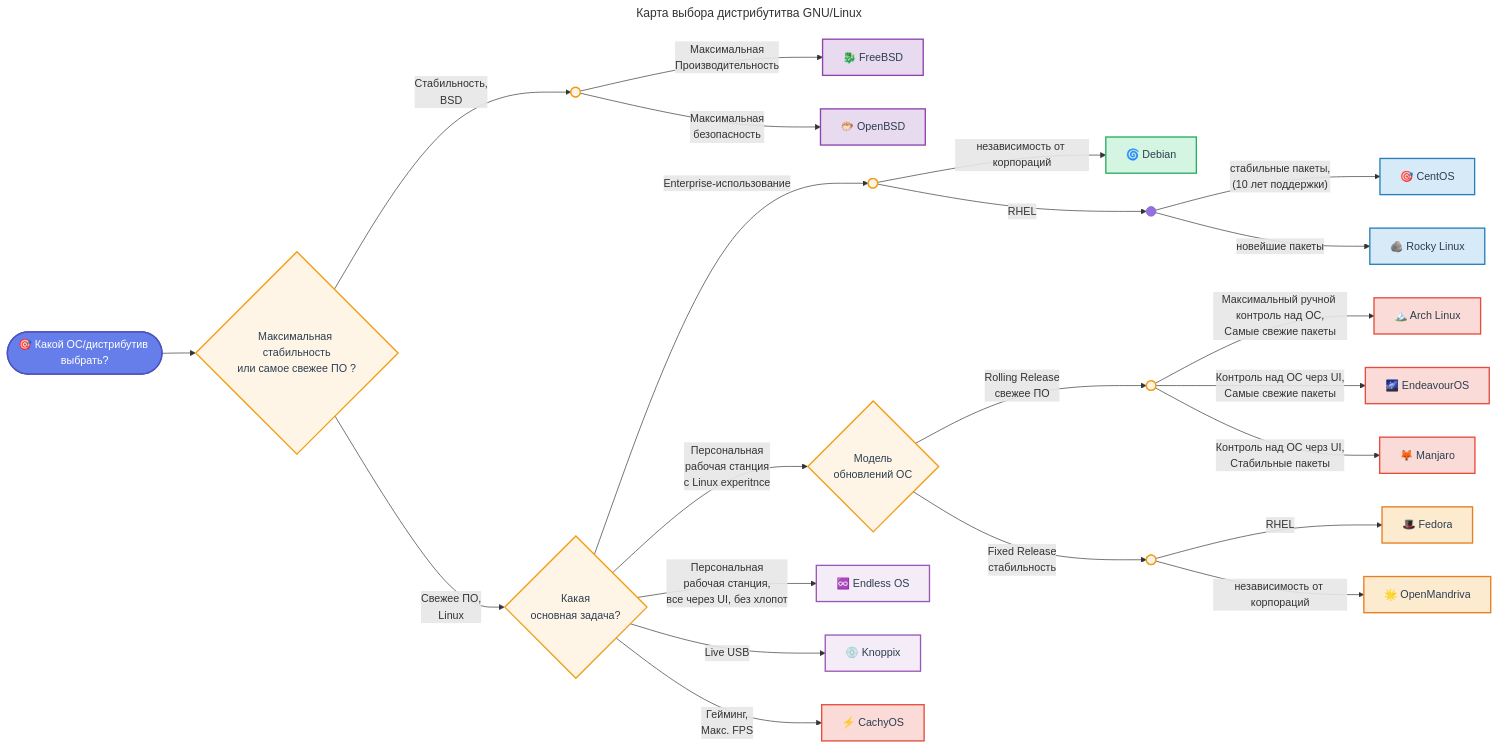
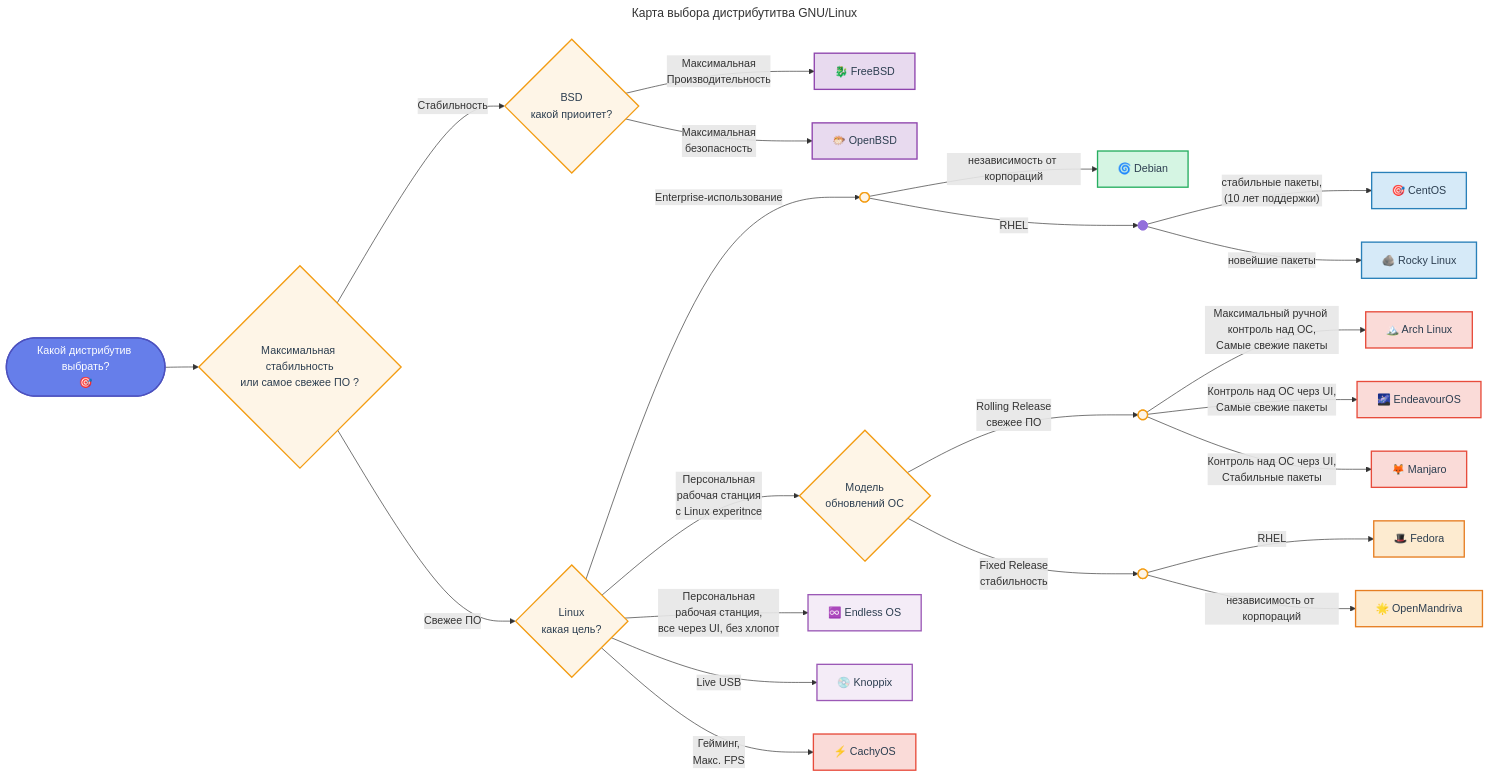
The diagram in software-engineer/технологии/linux/linux-distros-roadmap.md (mrtxee/enterprise-developer-almanac), drawn with Mermaid before and after one commit.

````diff
--- a/software-engineer/технологии/linux/linux-distros-roadmap.md
+++ b/software-engineer/технологии/linux/linux-distros-roadmap.md
@@ -9,60 +9,116 @@
 title: Карта выбора дистрибутитва GNU/Linux
 ---
 flowchart LR
-    Start(["🎯 Какой ОС/дистрибутив выбрать?"]) --> Q1{"Максимальная стабильность<br>или самое свежее ПО ?"}
-    Q1 -- Стабильность,<br>BSD --> BSD_Q["Приоритет<br>производительность<br>или безопасность?"]
-    BSD_Q -- Максимальная<br>Производительность --> FreeBSD["🐉 FreeBSD"]
-    BSD_Q -- Максимальная<br>безопасность --> OpenBSD["🐡 OpenBSD"]
-    Q1 -- Свежее ПО,<br>Linux --> Q2{"Какая<br>основная задача?"}
-    Q2 -- "Enterprise-использование" --> Server_Q["Какая модель?"]
-    Server_Q -- независимость от корпораций --> Debian["🌀 Debian"]
-    Q2 -- Персональная<br>рабочая станция<br>с Linux experitnce --> Desktop_Q{"Модель<br>обновлений ОС"}
-    Desktop_Q -- Rolling Release<br>свежее ПО --> Arch_Fam["Какой Arch-дистрибутив?"]
-    Arch_Fam -- Максимальный ручной контроль над ОС,<br>Самые свежие пакеты --> Arch["🏔️ Arch Linux"]
-    Arch_Fam -- "<span style=padding-left:>Контроль над ОС черз UI,<br>Самые свежие пакеты</span>" --> EndeavourOS["🌌 EndeavourOS"]
-    Arch_Fam -- "<span style=padding-left:><span style=padding-left:>Контроль над ОС черз UI,<br>Стабильные пакеты</span></span>" --> Manjaro["🦊 Manjaro"]
-    Desktop_Q -- Fixed Release<br>стабильность --> Fixed_Q["Какая база?"]
-    Fixed_Q -- "<span style=padding-left:>RHEL</span>" --> Fedora["🎩 Fedora"]
-    Fixed_Q -- "<span style=padding-left:>независимость от корпораций</span>" --> OpenMandriva["🌟 OpenMandriva"]
-    Q2 -- "<span style=padding-left:>Персональная<br>рабочая станция,<br>все через UI, без хлопот</span>" --> Endless["♾️ Endless OS"]
-    Q2 -- Live USB --> Knoppix["💿 Knoppix"]
-    Q2 -- "Гейминг,<br>Макс. FPS" --> CachyOS2["⚡ CachyOS"]
-    Server_Q -- RHEL --> n1["Untitled Node"]
-    n1 -- "<span style=padding-left:>стабильные пакеты,<br>(10 лет поддержки)</span>" --> CentOS["🎯 CentOS"]
-    n1 -- новейшие пакеты --> Rocky["🪨 Rocky Linux"]
 
-    BSD_Q@{ shape: f-circ}
-    Server_Q@{ shape: f-circ}
-    Arch_Fam@{ shape: f-circ}
-    Fixed_Q@{ shape: f-circ}
-    n1@{ shape: f-circ}
-     Start:::startNode
-     Q1:::question
-     BSD_Q:::question
-     FreeBSD:::bsd
-     OpenBSD:::bsd
-     Q2:::question
-     Server_Q:::question
-     Debian:::debianFamily
-     Desktop_Q:::question
-     Arch_Fam:::question
-     Arch:::archFamily
-     EndeavourOS:::archFamily
-     Manjaro:::archFamily
-     Fixed_Q:::question
-     Fedora:::fedoraFamily
-     OpenMandriva:::fedoraFamily
-     Endless:::special
-     Knoppix:::special
-     CachyOS2:::archFamily
-     CentOS:::rhelFamily
-     Rocky:::rhelFamily
-    classDef startNode fill:#667eea,stroke:#4c51bf,color:#fff,stroke-width:2px
-    classDef question fill:#fef5e7,stroke:#f39c12,stroke-width:2px,color:#2c3e50
-    classDef bsd fill:#e8daef,stroke:#8e44ad,stroke-width:2px,color:#2c3e50
-    classDef archFamily fill:#fadbd8,stroke:#e74c3c,stroke-width:2px,color:#2c3e50
-    classDef rhelFamily fill:#d6eaf8,stroke:#2980b9,stroke-width:2px,color:#2c3e50
-    classDef debianFamily fill:#d5f5e3,stroke:#27ae60,stroke-width:2px,color:#2c3e50
-    classDef fedoraFamily fill:#fdebd0,stroke:#e67e22,stroke-width:2px,color:#2c3e50
-    classDef special fill:#f4ecf7,stroke:#9b59b6,stroke-width:2px,color:#2c3e50
+Start@{ label: "Какой дистрибутив выбрать?<br><span style=\"padding-left:\">🎯</span>" } --> Q1{"Максимальная стабильность<br>или самое свежее ПО ?"}
+
+Q1 -- Стабильность --> BSD_Q{"BSD<br>какой приоитет?"}
+
+BSD_Q -- Максимальная<br>Производительность --> FreeBSD["🐉 FreeBSD"]
+
+BSD_Q -- Максимальная<br>безопасность --> OpenBSD["🐡 OpenBSD"]
+
+Q1 -- Свежее ПО --> Q2{"Linux<br>какая цель?"}
+
+Q2 -- "Enterprise-использование" --> Server_Q["Какая модель?"]
+
+Server_Q -- независимость от корпораций --> Debian["🌀 Debian"]
+
+Q2 -- Персональная<br>рабочая станция<br>с Linux experitnce --> Desktop_Q{"Модель<br>обновлений ОС"}
+
+Desktop_Q -- Rolling Release<br>свежее ПО --> Arch_Fam["Какой Arch-дистрибутив?"]
+
+Arch_Fam -- Максимальный ручной контроль над ОС,<br>Самые свежие пакеты --> Arch["🏔️ Arch Linux"]
+
+Arch_Fam -- "<span style=padding-left:>Контроль над ОС черз UI,<br>Самые свежие пакеты</span>" --> EndeavourOS["🌌 EndeavourOS"]
+
+Arch_Fam -- "<span style=padding-left:><span style=padding-left:>Контроль над ОС черз UI,<br>Стабильные пакеты</span></span>" --> Manjaro["🦊 Manjaro"]
+
+Desktop_Q -- Fixed Release<br>стабильность --> Fixed_Q["Какая база?"]
+
+Fixed_Q -- "<span style=padding-left:>RHEL</span>" --> Fedora["🎩 Fedora"]
+
+Fixed_Q -- "<span style=padding-left:>независимость от корпораций</span>" --> OpenMandriva["🌟 OpenMandriva"]
+
+Q2 -- "<span style=padding-left:>Персональная<br>рабочая станция,<br>все через UI, без хлопот</span>" --> Endless["♾️ Endless OS"]
+
+Q2 -- Live USB --> Knoppix["💿 Knoppix"]
+
+Q2 -- "Гейминг,<br>Макс. FPS" --> CachyOS2["⚡ CachyOS"]
+
+Server_Q -- RHEL --> n1["Untitled Node"]
+
+n1 -- "<span style=padding-left:>стабильные пакеты,<br>(10 лет поддержки)</span>" --> CentOS["🎯 CentOS"]
+
+n1 -- новейшие пакеты --> Rocky["🪨 Rocky Linux"]
+
+  
+
+Start@{ shape: stadium}
+
+Server_Q@{ shape: f-circ}
+
+Arch_Fam@{ shape: f-circ}
+
+Fixed_Q@{ shape: f-circ}
+
+n1@{ shape: f-circ}
+
+Start:::startNode
+
+Q1:::question
+
+BSD_Q:::question
+
+FreeBSD:::bsd
+
+OpenBSD:::bsd
+
+Q2:::question
+
+Server_Q:::question
+
+Debian:::debianFamily
+
+Desktop_Q:::question
+
+Arch_Fam:::question
+
+Arch:::archFamily
+
+EndeavourOS:::archFamily
+
+Manjaro:::archFamily
+
+Fixed_Q:::question
+
+Fedora:::fedoraFamily
+
+OpenMandriva:::fedoraFamily
+
+Endless:::special
+
+Knoppix:::special
+
+CachyOS2:::archFamily
+
+CentOS:::rhelFamily
+
+Rocky:::rhelFamily
+
+classDef startNode fill:#667eea,stroke:#4c51bf,color:#fff,stroke-width:2px
+
+classDef question fill:#fef5e7,stroke:#f39c12,stroke-width:2px,color:#2c3e50
+
+classDef bsd fill:#e8daef,stroke:#8e44ad,stroke-width:2px,color:#2c3e50
+
+classDef archFamily fill:#fadbd8,stroke:#e74c3c,stroke-width:2px,color:#2c3e50
+
+classDef rhelFamily fill:#d6eaf8,stroke:#2980b9,stroke-width:2px,color:#2c3e50
+
+classDef debianFamily fill:#d5f5e3,stroke:#27ae60,stroke-width:2px,color:#2c3e50
+
+classDef fedoraFamily fill:#fdebd0,stroke:#e67e22,stroke-width:2px,color:#2c3e50
+
+classDef special fill:#f4ecf7,stroke:#9b59b6,stroke-width:2px,color:#2c3e50
 ```
````
